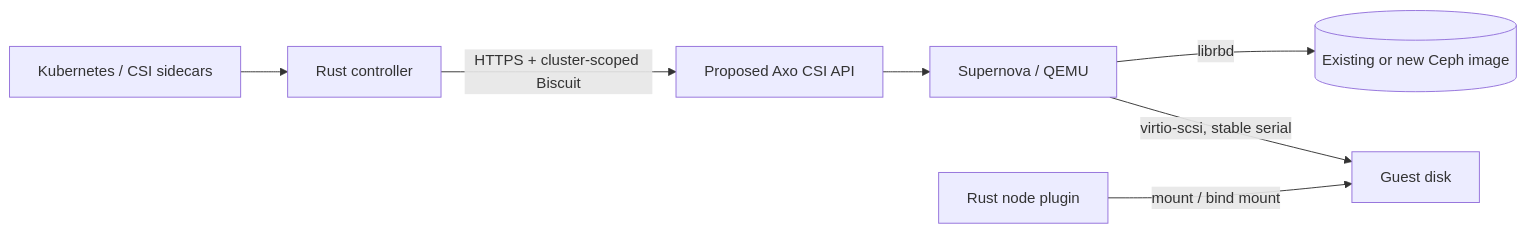
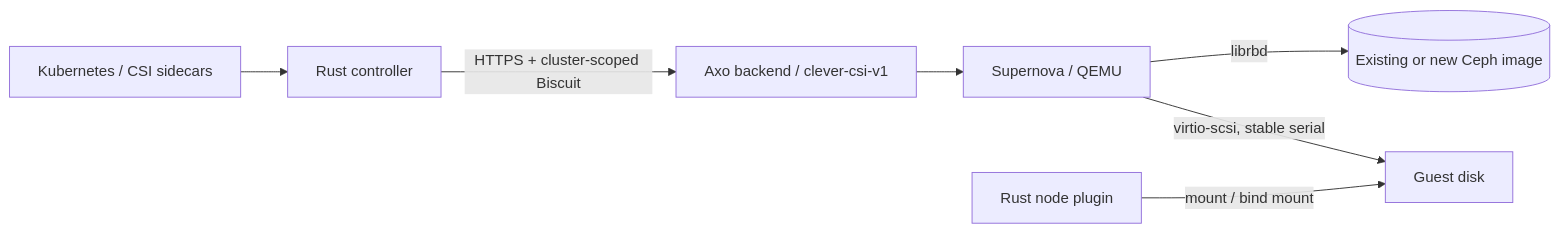
One commit to CleverCloud/clever-csi-driver changed the diagram in README.md. Above: the diagram before and after it, drawn with Mermaid. The commit also changed other lines of this file and 4 other files, not shown here.

Commit message:
Revise the proposed Axo resource API contract

````diff
--- a/README.md
+++ b/README.md
@@ -12,9 +18,9 @@
 ```mermaid
 flowchart LR
   K[Kubernetes / CSI sidecars] --> C[Rust controller]
-  C -->|HTTPS + cluster-scoped Biscuit| A[Proposed Axo CSI API]
+  C -->|HTTPS + cluster-scoped Biscuit| A[Axo backend / clever-csi-v1]
   A --> S[Supernova / QEMU]
   S -->|librbd| R[(Existing or new Ceph image)]
   S -->|virtio-scsi, stable serial| D[Guest disk]
   N[Rust node plugin] -->|mount / bind mount| D
 ```
````
